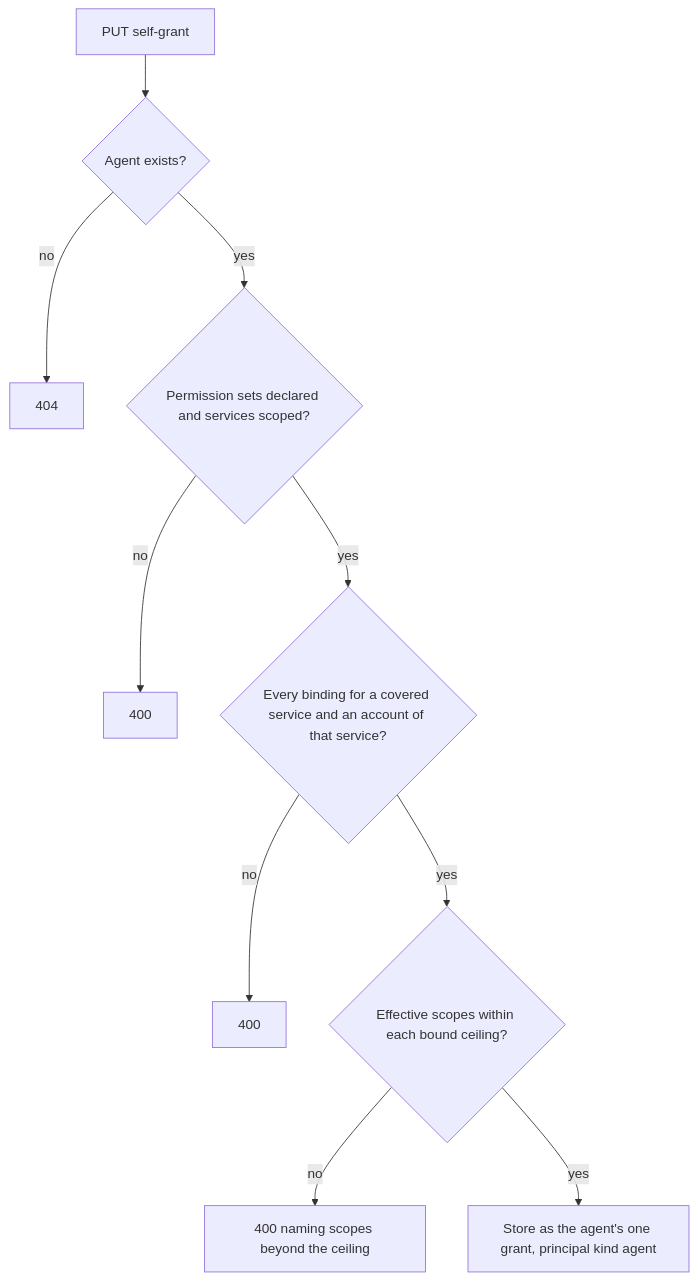
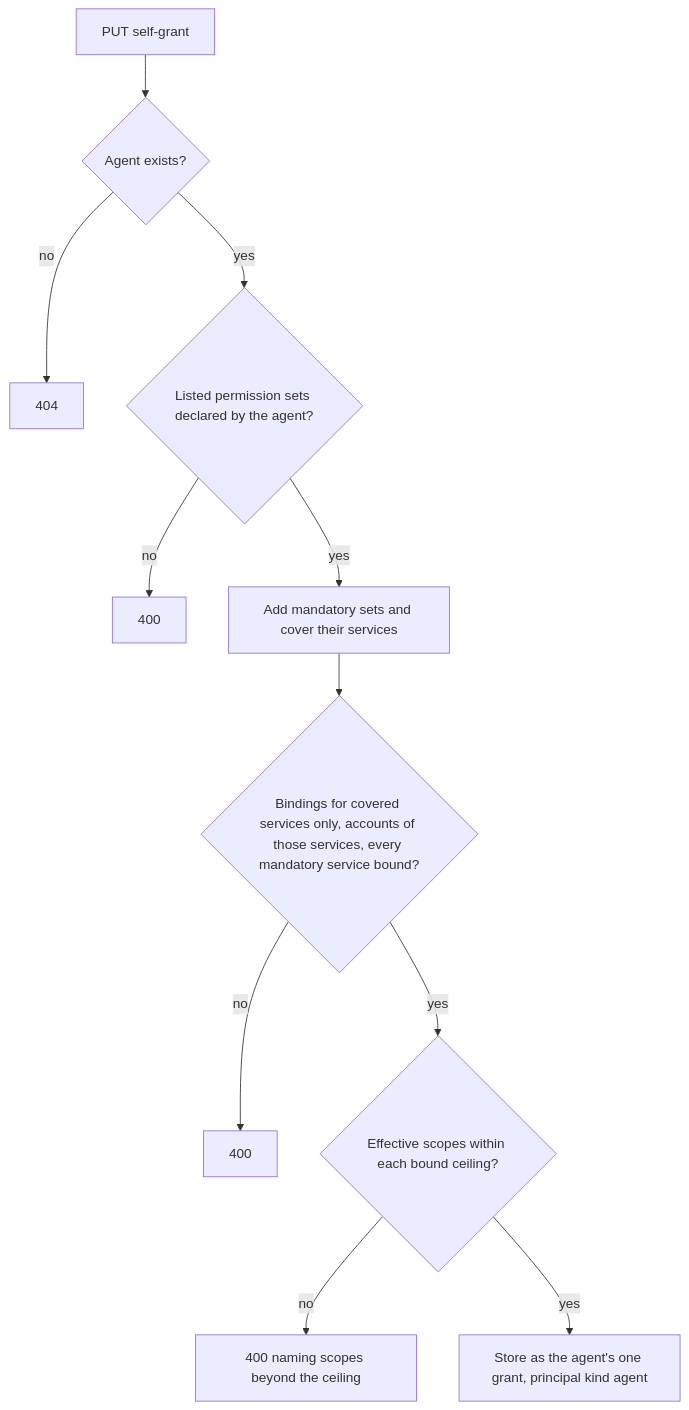
One commit to zalando-incubator/agentic-identity-broker changed the second of 2 diagrams in specs/20261127-144837-agent-grants/spec.md. Above: the diagram before and after it, drawn with Mermaid. The commit also changed other lines of this file, not shown here.

First line of the commit message:
docs(spec): agent grants always include mandatory permission sets

````diff
--- a/specs/20261127-144837-agent-grants/spec.md
+++ b/specs/20261127-144837-agent-grants/spec.md
@@ -456,12 +463,13 @@
 ```mermaid
 flowchart TD
     A["PUT self-grant"] --> B{"Agent exists?"}
     B -- no --> X404["404"]
-    B -- yes --> C{"Permission sets declared and services scoped?"}
+    B -- yes --> C{"Listed permission sets declared by the agent?"}
     C -- no --> X400a["400"]
-    C -- yes --> D{"Every binding for a covered service and an account of that service?"}
+    C -- yes --> C2["Add mandatory sets and cover their services"]
+    C2 --> D{"Bindings for covered services only, accounts of those services, every mandatory service bound?"}
     D -- no --> X400b["400"]
     D -- yes --> E{"Effective scopes within each bound ceiling?"}
     E -- no --> X400c["400 naming scopes beyond the ceiling"]
     E -- yes --> F["Store as the agent's one grant, principal kind agent"]
 ```
````
